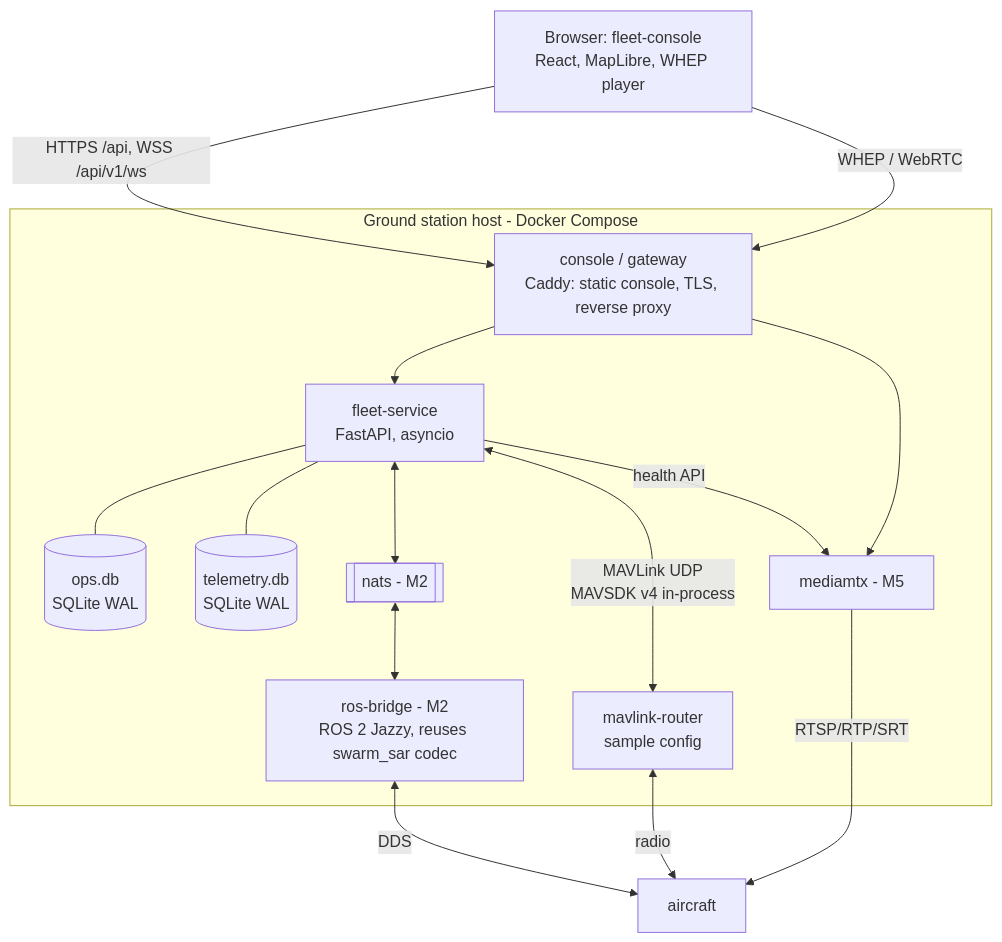
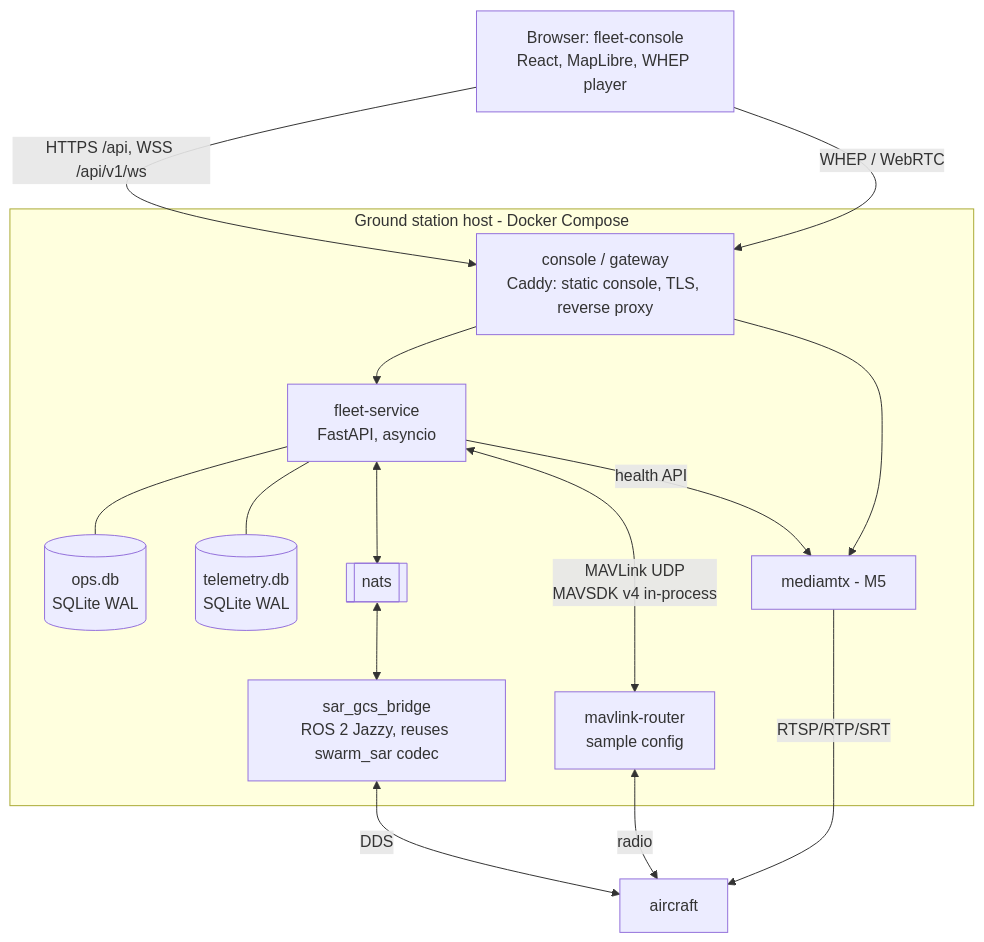
The second of 4 diagrams in docs/architecture.md (Nxssim666/SAR-SWARM), drawn with Mermaid before and after one commit. The commit also changed other lines of this file and 7 other files, not shown here.

````diff
--- a/docs/architecture.md
+++ b/docs/architecture.md
@@ -52,23 +56,23 @@
 ```mermaid
 flowchart TB
   B[Browser: fleet-console<br/>React, MapLibre, WHEP player]
   subgraph Host[Ground station host - Docker Compose]
     C[console / gateway<br/>Caddy: static console, TLS, reverse proxy]
     F[fleet-service<br/>FastAPI, asyncio]
     DB[(ops.db<br/>SQLite WAL)]
     TS[(telemetry.db<br/>SQLite WAL)]
-    N[[nats - M2]]
+    N[[nats]]
     M[mediamtx - M5]
-    R[ros-bridge - M2<br/>ROS 2 Jazzy, reuses swarm_sar codec]
+    R[sar_gcs_bridge<br/>ROS 2 Jazzy, reuses swarm_sar codec]
     MR[mavlink-router<br/>sample config]
   end
   B -- HTTPS /api, WSS /api/v1/ws --> C --> F
   B -- WHEP / WebRTC --> C --> M
   F --- DB & TS
   F <--> N <--> R
   F <-- MAVLink UDP<br/>MAVSDK v4 in-process --> MR
   MR <-- radio --> AC[aircraft]
   R <-- DDS --> AC
   M <-- RTSP/RTP/SRT --- AC
   F -- health API --> M
 ```
````
